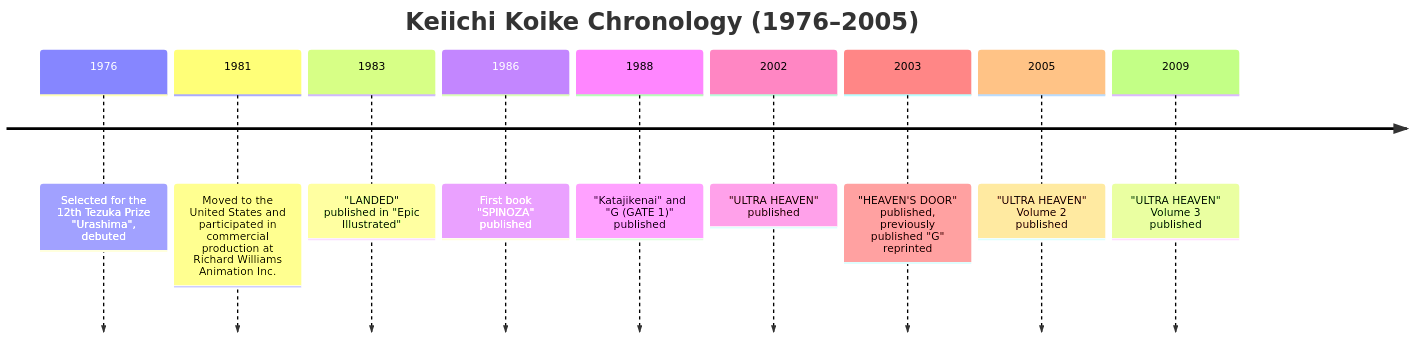
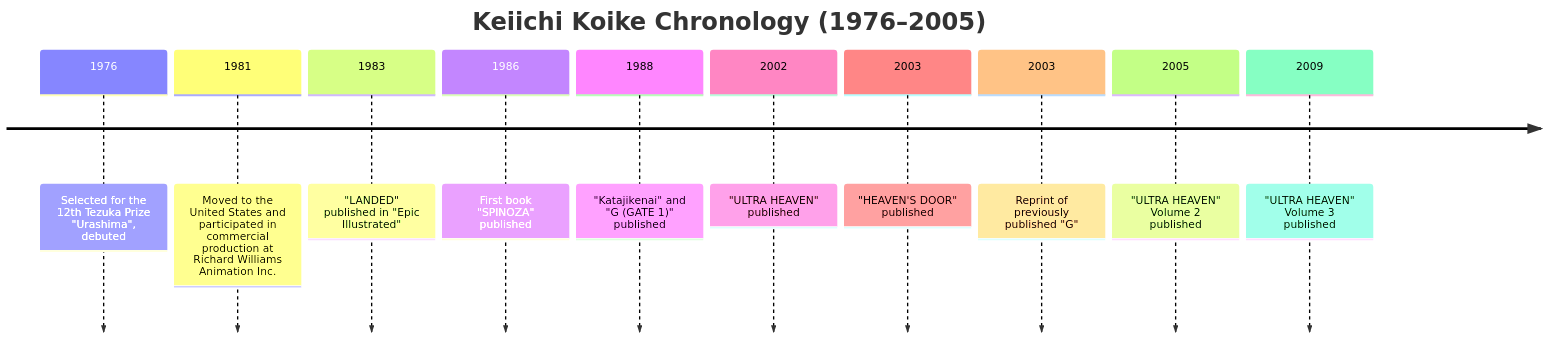
One commit to monumental-movement/monumental-movement.github.io changed the second of 2 diagrams in en/_posts/2025-10-26-column-keiichi-koike-music.md. Above: the diagram before and after it, drawn with Mermaid. The commit also changed other lines of this file and 1701 other files, not shown here.

```diff
--- a/en/_posts/2025-10-26-column-keiichi-koike-music.md
+++ b/en/_posts/2025-10-26-column-keiichi-koike-music.md
@@ -133,15 +129,16 @@
 <div class="mermaid">
 
 timeline
-title Keiichi Koike Chronology (1976–2005)
-1976: Selected for the 12th Tezuka Prize "Urashima", debuted
-1981: Moved to the United States and participated in commercial production at Richard Williams Animation Inc.
-1983: "LANDED" published in "Epic Illustrated"
-1986: First book "SPINOZA" published
-1988: "Katajikenai" and "G (GATE 1)" published
-2002: "ULTRA HEAVEN" published
-2003: "HEAVEN'S DOOR" published, previously published "G" reprinted
-2005: "ULTRA HEAVEN" Volume 2 published
-2009: "ULTRA HEAVEN" Volume 3 published
+    title Keiichi Koike Chronology (1976–2005)
+    1976: Selected for the 12th Tezuka Prize "Urashima", debuted
+    1981: Moved to the United States and participated in commercial production at Richard Williams Animation Inc.
+    1983: "LANDED" published in "Epic Illustrated"
+    1986: First book "SPINOZA" published
+    1988: "Katajikenai" and "G (GATE 1)" published
+    2002: "ULTRA HEAVEN" published
+    2003: "HEAVEN'S DOOR" published
+    2003 : Reprint of previously published "G"
+    2005: "ULTRA HEAVEN" Volume 2 published
+    2009: "ULTRA HEAVEN" Volume 3 published
 
 </div>
```
